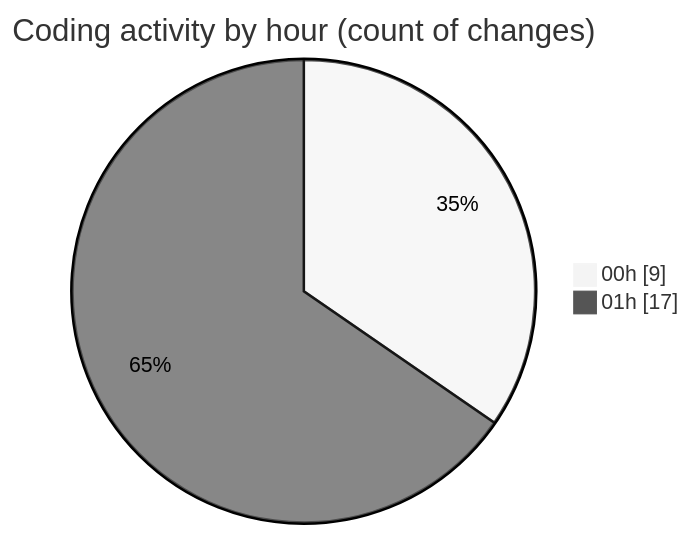
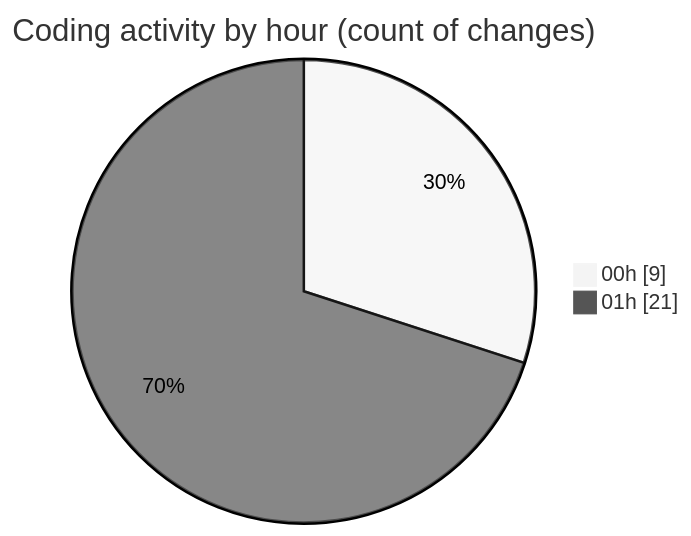
Before and after one commit to nxtqubesakshisongat/code-tracking: the second of 2 diagrams in 2025-10-25/javacript/README.md, drawn with Mermaid (neutral theme). The commit also changed other lines of this file and 1 other file, not shown here.

````diff
--- a/2025-10-25/javacript/README.md
+++ b/2025-10-25/javacript/README.md
@@ -28,6 +28,6 @@
 ```mermaid
 pie showData
 title Coding activity by hour (count of changes)
 "00h" : 9
-"01h" : 17
+"01h" : 21
 ```
````
